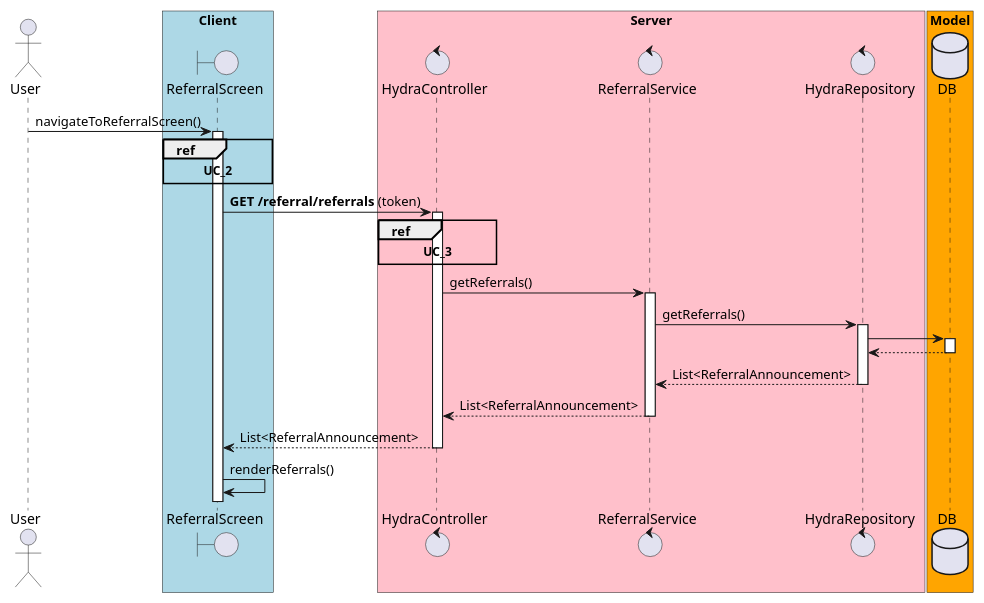
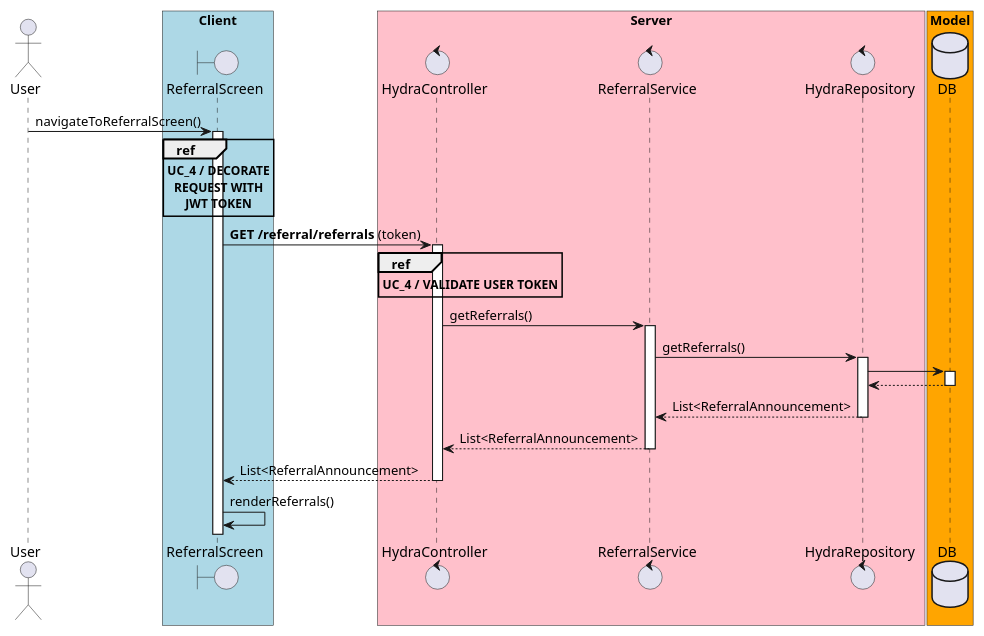
One commit to poznas/hydra-aimo changed the diagram in sequence_diagram_referral_list.puml. Above: the diagram before and after it, drawn with PlantUML. The commit also changed 16 other files, not shown here.

Commit message:
refactor UC_2, UC_3 to UC_4 nested sequence groups

```diff
--- a/sequence_diagram_referral_list.puml
+++ b/sequence_diagram_referral_list.puml
@@ -1,48 +1,48 @@
 @startuml
 actor User
 boundary ReferralScreen
 control HydraController
 control ReferralService
 control HydraRepository
 
 database DB
 
 box "Client" #LightBlue
    participant ReferralScreen
 end box
 
 box "Server" #Pink
    control HydraController
     control ReferralService
     control HydraRepository
 end box
 
 box "Model" #Orange
    participant DB
 end box
 
 User -> ReferralScreen : navigateToReferralScreen()
 activate ReferralScreen
-ref over ReferralScreen : **UC_2**
+ref over ReferralScreen : **UC_4 / DECORATE**\n**REQUEST WITH**\n**JWT TOKEN**
 ReferralScreen -> HydraController : **GET /referral/referrals** (token)
-ref over HydraController : **UC_3**
+ref over HydraController : **UC_4 / VALIDATE USER TOKEN**
 
 activate HydraController
 HydraController -> ReferralService : getReferrals()
 activate ReferralService
 ReferralService -> HydraRepository : getReferrals()
 activate HydraRepository
 HydraRepository -> DB
 activate DB
 DB --> HydraRepository 
 deactivate DB
 HydraRepository --> ReferralService : List<ReferralAnnouncement>
 deactivate HydraRepository
 ReferralService --> HydraController : List<ReferralAnnouncement>
 deactivate ReferralService
 HydraController --> ReferralScreen : List<ReferralAnnouncement>
 deactivate HydraController
 ReferralScreen -> ReferralScreen : renderReferrals()
 
 
 @enduml
```
